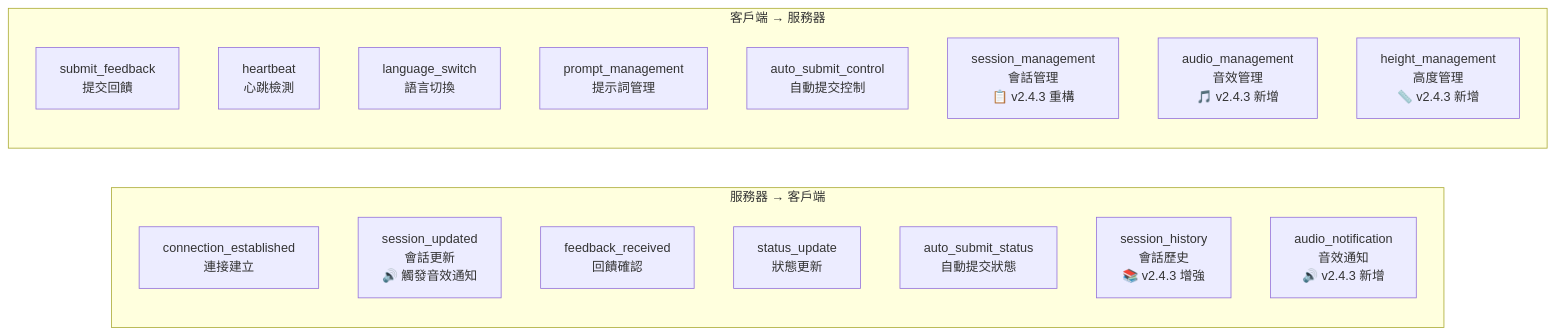
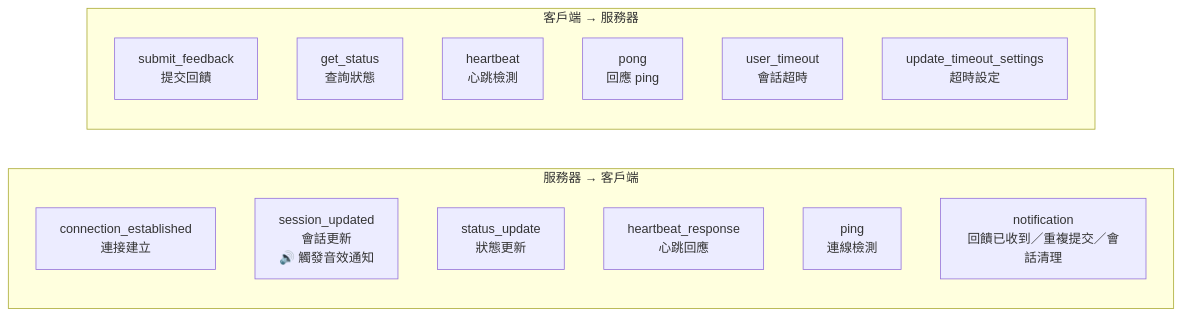
One commit to CloudEngineHub/mcp-feedback-enhanced changed diagram 11 of 12 in docs/architecture/interaction-flows.md. Above: the diagram before and after it, drawn with Mermaid. The commit also changed other lines of this file and 3 other files, not shown here.

Commit message:
📝 架構文件改正會話歷史與設定的存放位置（伺服器端 ~/.config 而非 localStorage），交互流程圖改用 getStats() 與實際的 WebSocket 訊息類型

````diff
--- a/docs/architecture/interaction-flows.md
+++ b/docs/architecture/interaction-flows.md
@@ -700,23 +700,20 @@
 ```mermaid
 graph LR
     subgraph "服務器 → 客戶端"
         CE[connection_established<br/>連接建立]
         SU[session_updated<br/>會話更新<br/>🔊 觸發音效通知]
-        FR[feedback_received<br/>回饋確認]
         ST[status_update<br/>狀態更新]
-        ASS[auto_submit_status<br/>自動提交狀態]
-        SH[session_history<br/>會話歷史<br/>📚 v2.4.3 增強]
-        AN[audio_notification<br/>音效通知<br/>🔊 v2.4.3 新增]
+        HR[heartbeat_response<br/>心跳回應]
+        PI[ping<br/>連線檢測]
+        NO[notification<br/>回饋已收到／重複提交／會話清理]
     end
 
     subgraph "客戶端 → 服務器"
         SF[submit_feedback<br/>提交回饋]
+        GS[get_status<br/>查詢狀態]
         HB[heartbeat<br/>心跳檢測]
-        LS[language_switch<br/>語言切換]
-        PM[prompt_management<br/>提示詞管理]
-        ASC[auto_submit_control<br/>自動提交控制]
-        SM[session_management<br/>會話管理<br/>📋 v2.4.3 重構]
-        AM[audio_management<br/>音效管理<br/>🎵 v2.4.3 新增]
-        HM[height_management<br/>高度管理<br/>📏 v2.4.3 新增]
+        PO[pong<br/>回應 ping]
+        UT[user_timeout<br/>會話超時]
+        UTS[update_timeout_settings<br/>超時設定]
     end
 ```
````
